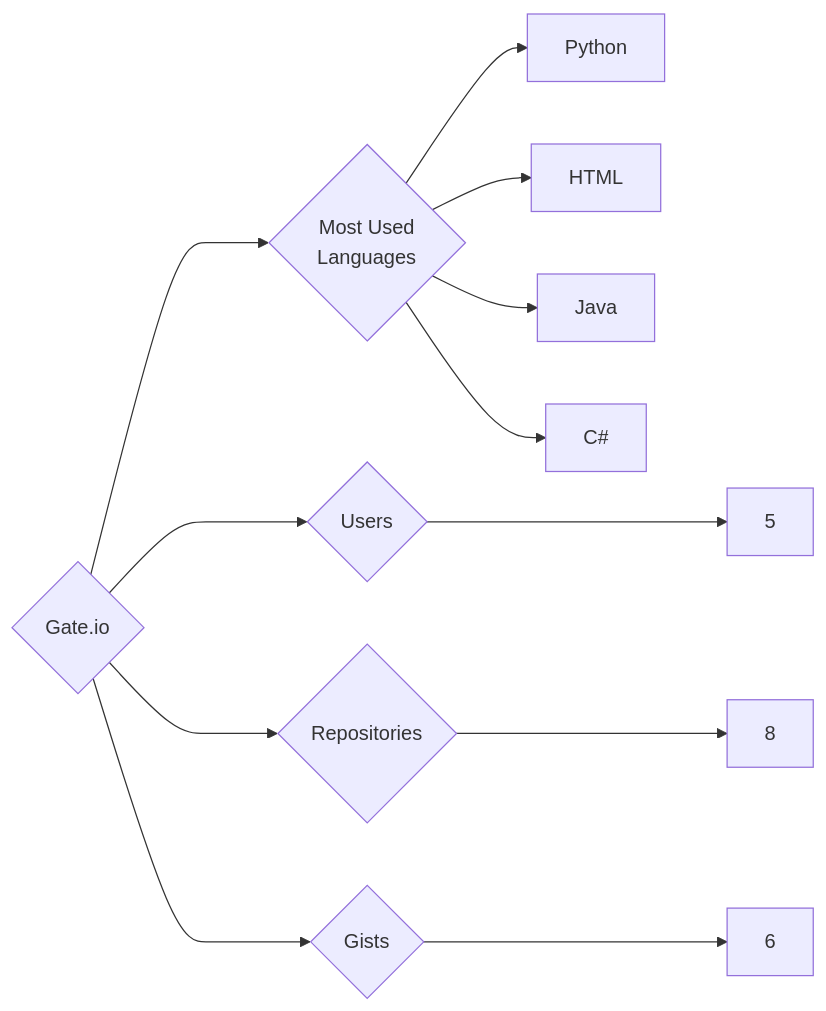
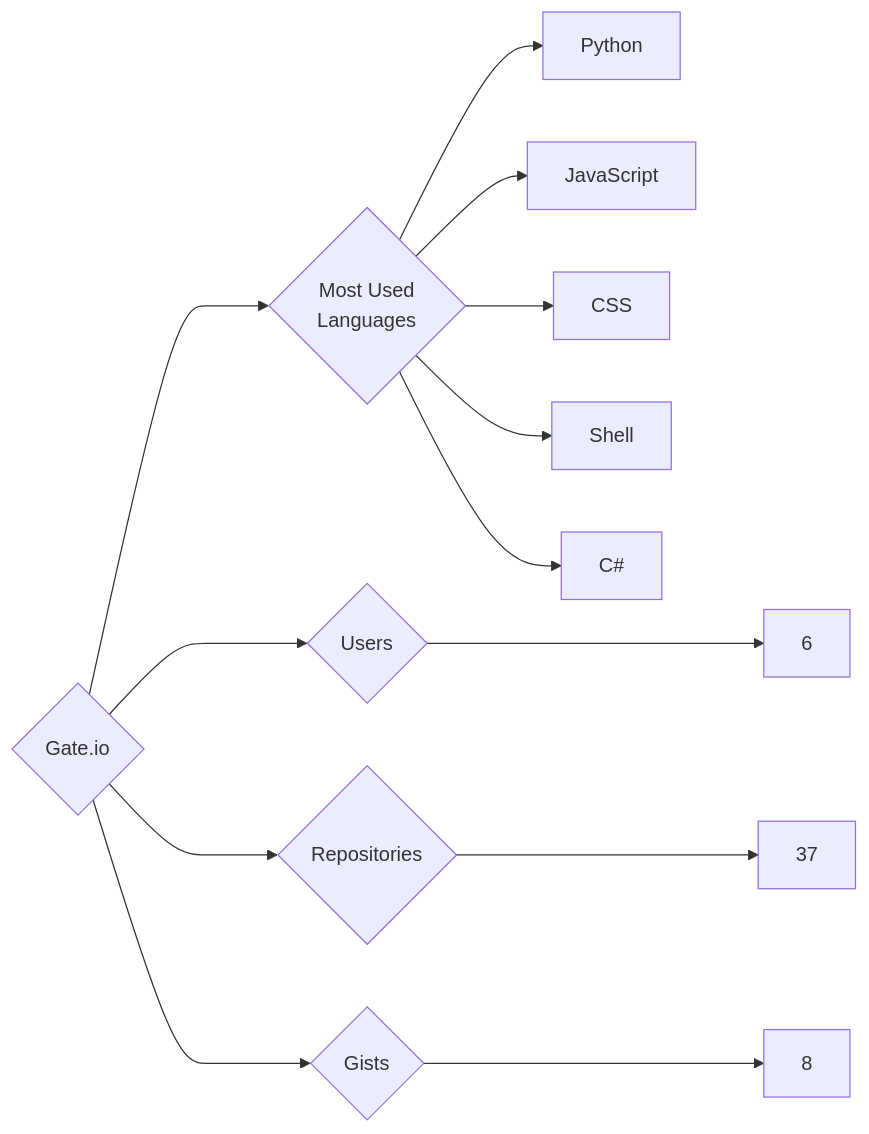
Before and after one commit to trickest/insiders: the diagram in targets/Gate.io/README.md, drawn with Mermaid. The commit also changed 1036 other files, not shown here.

````diff
--- a/targets/Gate.io/README.md
+++ b/targets/Gate.io/README.md
@@ -3,12 +3,13 @@
 ```mermaid
 graph LR
 COMPANY_NAME{Gate.io}
-COMPANY_NAME ---> U{Users} ---> UN[5]
-COMPANY_NAME ---> R{Repositories} ---> RN[8]
-COMPANY_NAME ---> G{Gists} ---> GN[6]
+COMPANY_NAME ---> U{Users} ---> UN[6]
+COMPANY_NAME ---> R{Repositories} ---> RN[37]
+COMPANY_NAME ---> G{Gists} ---> GN[8]
 COMPANY_NAME ---> ML{Most Used<br>Languages}
 ML --> Python[Python]
-ML --> HTML[HTML]
-ML --> Java[Java]
+ML --> JavaScript[JavaScript]
+ML --> CSS[CSS]
+ML --> Shell[Shell]
 ML --> C#[C#]
 ```
````
